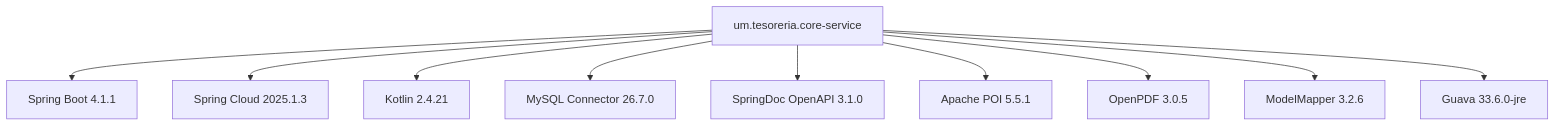
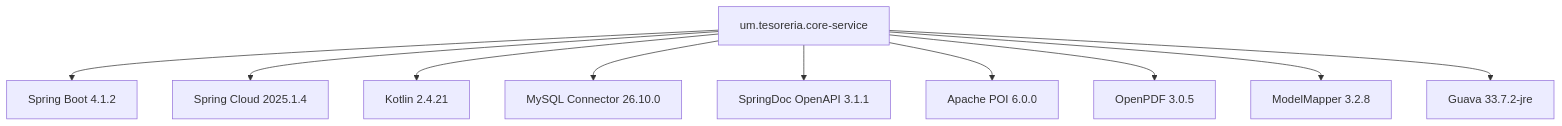
One commit to UM-services/UM.tesoreria.core-service changed the diagram in docs/dependencies.mmd. Above: the diagram before and after it, drawn with Mermaid. The commit also changed 6 other files, not shown here.

```diff
--- a/docs/dependencies.mmd
+++ b/docs/dependencies.mmd
@@ -1,10 +1,10 @@
 flowchart TD
-    A[um.tesoreria.core-service] --> B[Spring Boot 4.1.1]
-    A --> C[Spring Cloud 2025.1.3]
+    A[um.tesoreria.core-service] --> B[Spring Boot 4.1.2]
+    A --> C[Spring Cloud 2025.1.4]
     A --> D[Kotlin 2.4.21]
-    A --> E[MySQL Connector 26.7.0]
-    A --> F[SpringDoc OpenAPI 3.1.0]
-    A --> G[Apache POI 5.5.1]
+    A --> E[MySQL Connector 26.10.0]
+    A --> F[SpringDoc OpenAPI 3.1.1]
+    A --> G[Apache POI 6.0.0]
     A --> H[OpenPDF 3.0.5]
-    A --> I[ModelMapper 3.2.6]
-    A --> J[Guava 33.6.0-jre]
+    A --> I[ModelMapper 3.2.8]
+    A --> J[Guava 33.7.2-jre]
```
